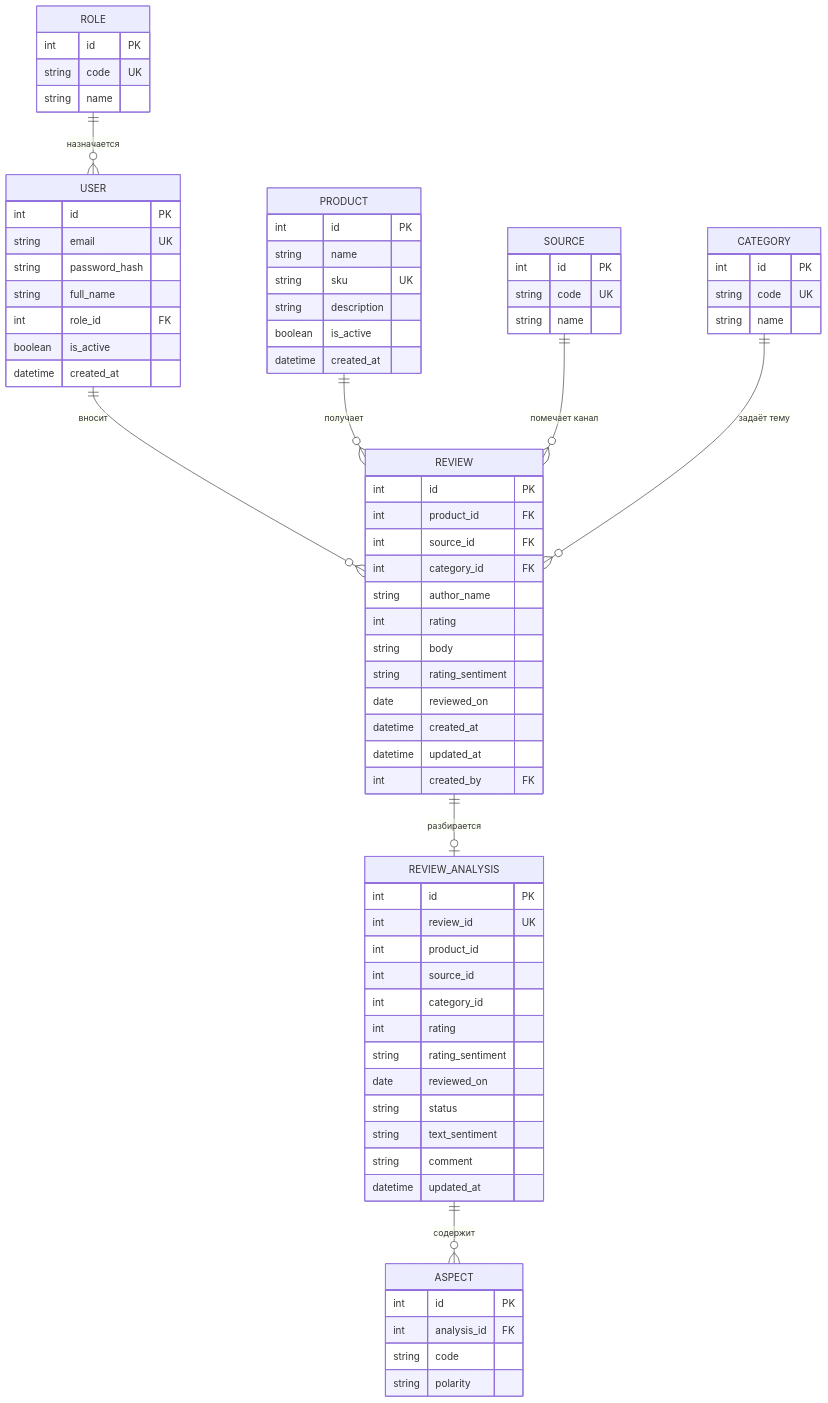
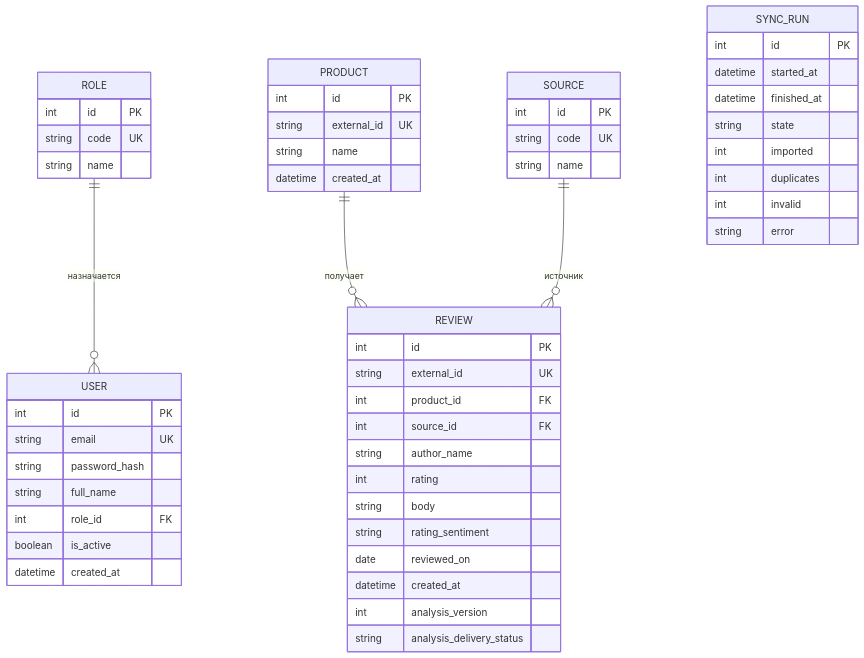
One commit to VyacheslavIurevich/software-requirements-analysis changed the fourth of 5 diagrams in terms_of_reference/ToR.md. Above: the diagram before and after it, drawn with Mermaid. The commit also changed other lines of this file and 1 other file, not shown here.

````diff
--- a/terms_of_reference/ToR.md
+++ b/terms_of_reference/ToR.md
@@ -1074,79 +818,57 @@
 ```mermaid
-%% caption: Логическая модель данных АИС «Отклик»
-%% width: 100%
+%% caption: ERD базы сбора (6 сущностей)
 erDiagram
     ROLE ||--o{ USER : "назначается"
-    USER ||--o{ REVIEW : "вносит"
     PRODUCT ||--o{ REVIEW : "получает"
-    SOURCE ||--o{ REVIEW : "помечает канал"
-    CATEGORY ||--o{ REVIEW : "задаёт тему"
+    SOURCE ||--o{ REVIEW : "источник"
 
     ROLE {
         int id PK
         string code UK
         string name
     }
     USER {
         int id PK
         string email UK
         string password_hash
         string full_name
         int role_id FK
         boolean is_active
         datetime created_at
     }
     PRODUCT {
         int id PK
+        string external_id UK
         string name
-        string sku UK
-        string description
-        boolean is_active
         datetime created_at
     }
     SOURCE {
         int id PK
         string code UK
         string name
     }
-    CATEGORY {
+    SYNC_RUN {
         int id PK
-        string code UK
-        string name
+        datetime started_at
+        datetime finished_at
+        string state
+        int imported
+        int duplicates
+        int invalid
+        string error
     }
     REVIEW {
         int id PK
+        string external_id UK
         int product_id FK
         int source_id FK
-        int category_id FK
         string author_name
         int rating
         string body
         string rating_sentiment
         date reviewed_on
         datetime created_at
-        datetime updated_at
-        int created_by FK
-    }
-    REVIEW ||--o| REVIEW_ANALYSIS : "разбирается"
-    REVIEW_ANALYSIS ||--o{ ASPECT : "содержит"
-    REVIEW_ANALYSIS {
-        int id PK
-        int review_id UK
-        int product_id
-        int source_id
-        int category_id
-        int rating
-        string rating_sentiment
-        date reviewed_on
-        string status
-        string text_sentiment
-        string comment
-        datetime updated_at
-    }
-    ASPECT {
-        int id PK
-        int analysis_id FK
-        string code
-        string polarity
+        int analysis_version
+        string analysis_delivery_status
     }
 ```
````
